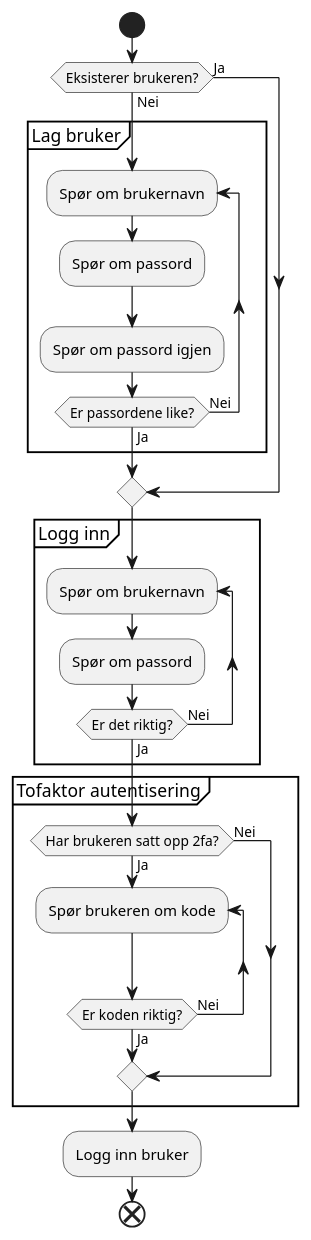
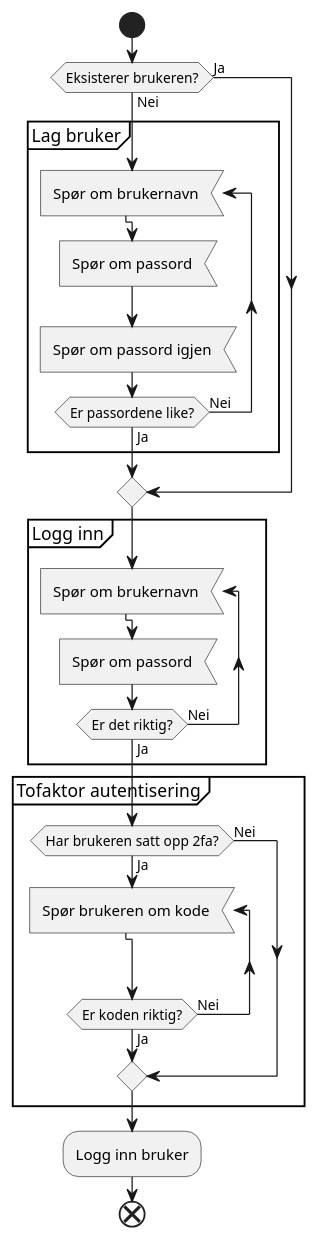
The diagram in it2/03-bruker-innlogging/control-flow.puml (LilleAila/projects), drawn with PlantUML before and after one commit. The commit also changed 1 other file, not shown here.

Commit message:
better uml diagram

```diff
--- a/it2/03-bruker-innlogging/control-flow.puml
+++ b/it2/03-bruker-innlogging/control-flow.puml
@@ -4,35 +4,35 @@
 @startuml bruker-login
 
 start
 
 if (Eksisterer brukeren?) then (Ja)
 else (Nei)
   partition "Lag bruker" {
-    repeat :Spør om brukernavn;
-    :Spør om passord;
-    :Spør om passord igjen;
-    'backward:Passordene er ikke like!;
+    repeat :Spør om brukernavn; <<input>>
+    :Spør om passord; <<input>>
+    :Spør om passord igjen; <<input>>
+    ' backward:Passordene er ikke like!;
     repeat while (Er passordene like?) is (Nei) not (Ja)
   }
 endif
 
 partition "Logg inn" {
-  repeat :Spør om brukernavn;
-  :Spør om passord;
-  'backward:Brukernavn eller passord er feil!;
+  repeat :Spør om brukernavn; <<input>>
+  :Spør om passord; <<input>>
+  ' backward:Brukernavn eller passord er feil!;
   repeat while (Er det riktig?) is (Nei) not (Ja)
 }
 
 partition "Tofaktor autentisering" {
   if (Har brukeren satt opp 2fa?) then (Ja)
-    repeat :Spør brukeren om kode;
+    repeat :Spør brukeren om kode; <<input>>
     repeat while (Er koden riktig?) is (Nei) not (Ja)
   else (Nei)
   endif
 }
 
 :Logg inn bruker;
 
 end
 
 @enduml
```
